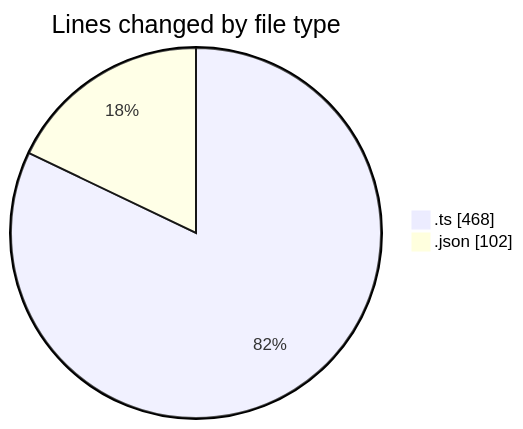
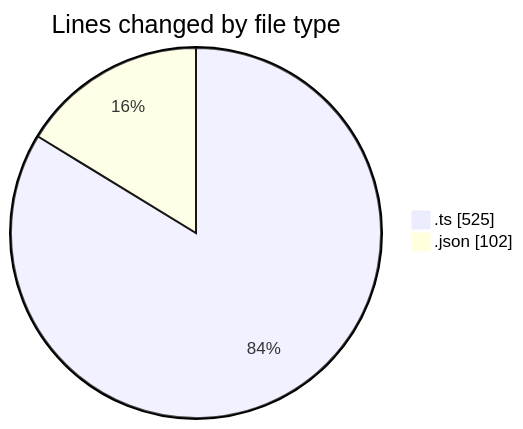
The first of 2 diagrams in 2026-03-30/cinema/README.md (igalym/code-tracking), drawn with Mermaid before and after one commit. The commit also changed other lines of this file and 1 other file, not shown here.

````diff
--- a/2026-03-30/cinema/README.md
+++ b/2026-03-30/cinema/README.md
@@ -36,6 +40,6 @@
 ```mermaid
 pie showData
 title Lines changed by file type
-".ts" : 468
+".ts" : 525
 ".json" : 102
 ```
````
